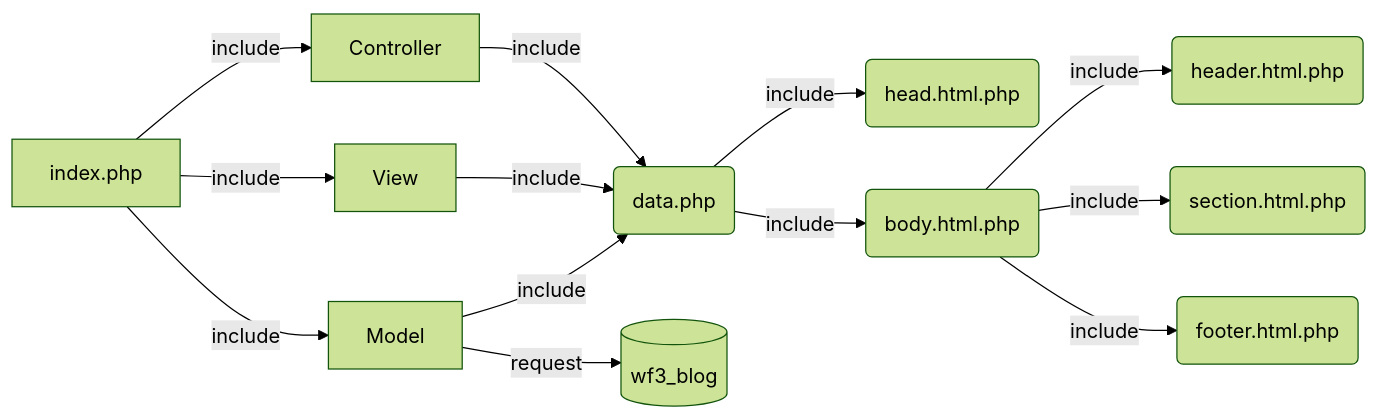
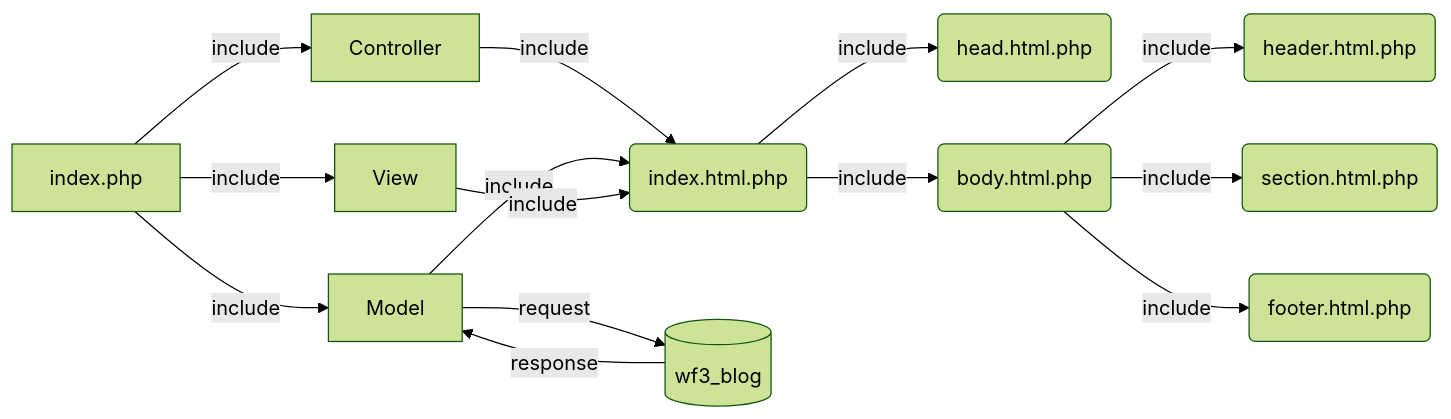
Before and after one commit to razmi0/WF3-MVC: the diagram in README.md, drawn with Mermaid (forest theme).

````diff
--- a/README.md
+++ b/README.md
@@ -13,18 +13,16 @@
 ```mermaid
 graph LR
 A[index.php] -- include --> C[Model]
 A[index.php] -- include --> D[View]
 A[index.php] -- include --> B[Controller]
-
+B[Controller] -- include --> E(data.php)
 C[Model] -- include --> E(get_wf3_blog.php)
 C[Model] -- request --> K[(wf3_blog)]
-
+K[(wf3_blog)] -- response --> C[Model]
 D[View] -- include --> E(index.html.php)
 E(index.html.php) -- include --> F(head.html.php)
 E(index.html.php) -- include --> G(body.html.php)
 G(body.html.php) -- include --> H(header.html.php)
 G(body.html.php) -- include --> I(section.html.php)
 G(body.html.php) -- include --> J(footer.html.php)
-
-B[Controller] -- include --> E(data.php)
 ```
````
